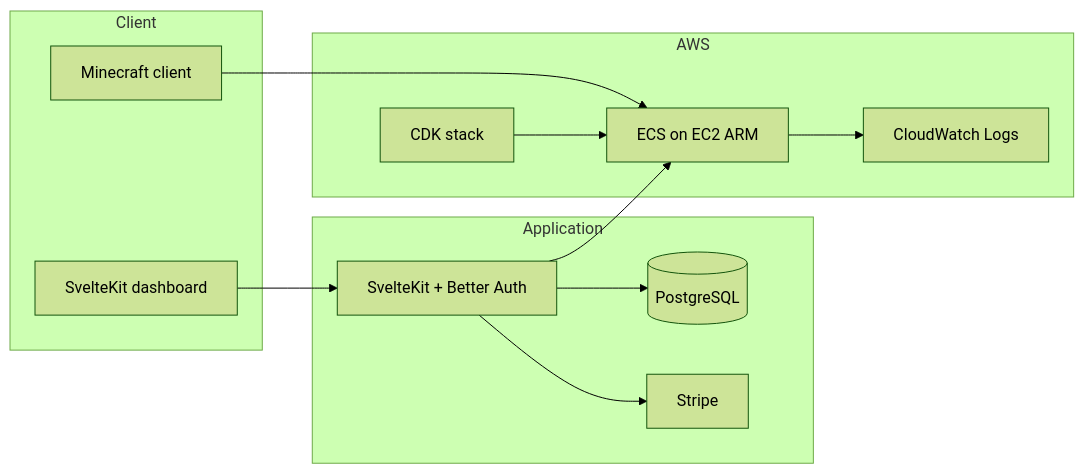
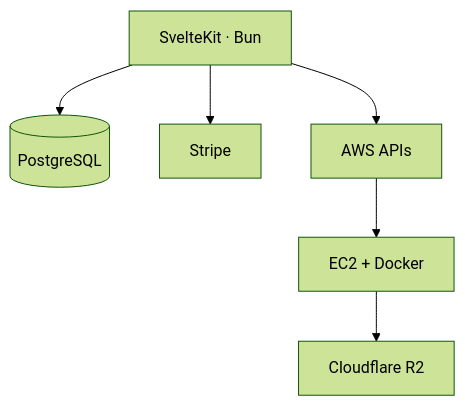
Before and after one commit to natebabyak/containermc: the diagram in README.md, drawn with Mermaid (forest theme). The commit also changed other lines of this file, not shown here.

Commit message:
docs: update readme to better reflect current app state

````diff
--- a/README.md
+++ b/README.md
@@ -28,27 +42,15 @@
 ```mermaid
-flowchart LR
-  subgraph client [Client]
-    Browser[SvelteKit dashboard]
-    MC[Minecraft client]
-  end
+flowchart TB
+    App["SvelteKit · Bun"]
+    DB[(PostgreSQL)]
+    Stripe[Stripe]
+    AWS[AWS APIs]
+    EC2[EC2 + Docker]
+    R2[Cloudflare R2]
 
-  subgraph app [Application]
-  Web[SvelteKit + Better Auth]
-  DB[(PostgreSQL)]
-  Stripe[Stripe]
-  end
-
-  subgraph aws [AWS]
-  CDK[CDK stack]
-  ECS[ECS on EC2 ARM]
-  CW[CloudWatch Logs]
-  end
-
-  Browser --> Web
-  Web --> DB
-  Web --> Stripe
-  Web --> ECS
-  ECS --> CW
-  MC --> ECS
-  CDK --> ECS
+    App --> DB
+    App --> Stripe
+    App --> AWS
+    AWS --> EC2
+    EC2 --> R2
 ```
````
